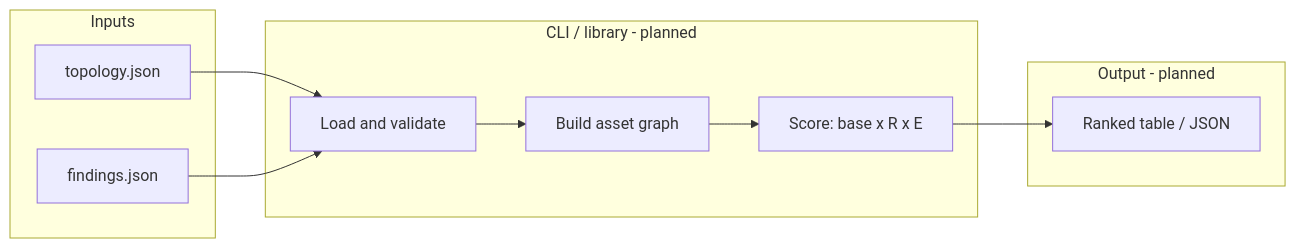
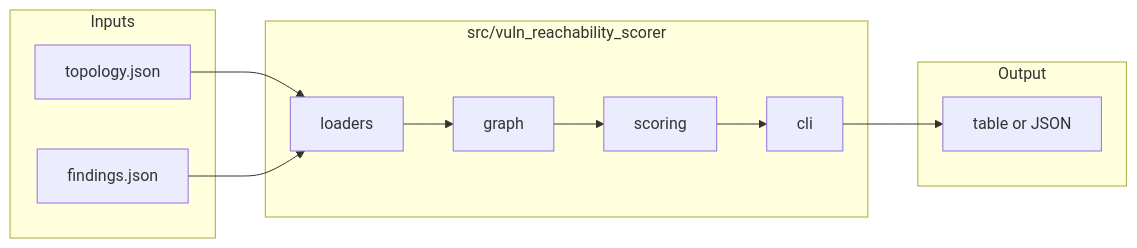
Before and after one commit to rmkr-dev/vuln-reachability-scorer: the diagram in docs/architecture/architecture-diagram.md, drawn with Mermaid. The commit also changed other lines of this file and 6 other files, not shown here.

First line of the commit message:
test: cover models, scoring, and CLI; sync architecture docs

````diff
--- a/docs/architecture/architecture-diagram.md
+++ b/docs/architecture/architecture-diagram.md
@@ -5,23 +3,25 @@
 ```mermaid
 flowchart LR
   subgraph inputs [Inputs]
     T[topology.json]
     F[findings.json]
   end
 
-  subgraph core [CLI / library - planned]
-    L[Load and validate]
-    G[Build asset graph]
-    S[Score: base x R x E]
+  subgraph core [src/vuln_reachability_scorer]
+    L[loaders]
+    G[graph]
+    S[scoring]
+    C[cli]
   end
 
-  subgraph out [Output - planned]
-    R[Ranked table / JSON]
+  subgraph out [Output]
+    R[table or JSON]
   end
 
   T --> L
   F --> L
   L --> G
   G --> S
-  S --> R
+  S --> C
+  C --> R
 ```
````
